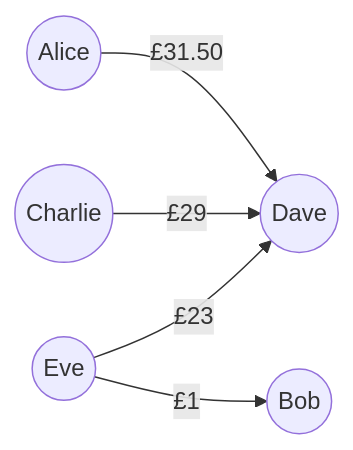
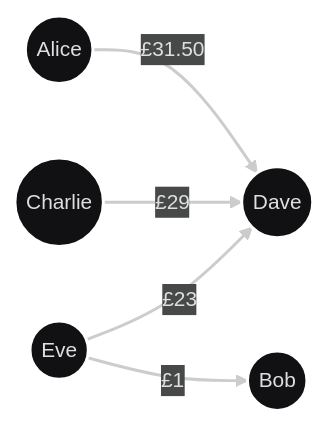
The second of 2 diagrams in README.md (jcbyte/setil), drawn with Mermaid before and after one commit. The commit also changed other lines of this file and 1 other file, not shown here.

Commit message:
fix split graphs and time complexity

````diff
--- a/README.md
+++ b/README.md
@@ -106,15 +107,16 @@
 ```mermaid
+%%{init: {"theme": "redux-dark-color", "layout": "dagre"}}%%
 graph LR
     %% The People
     Alice((Alice))
     Bob((Bob))
     Charlie((Charlie))
     Dave((Dave))
     Eve((Eve))
 
     %% Resolved Debts
     Alice -- "£31.50" --> Dave
     Charlie -- "£29" --> Dave
     Eve -- "£23" --> Dave
     Eve -- "£1" --> Bob
 ```
````
